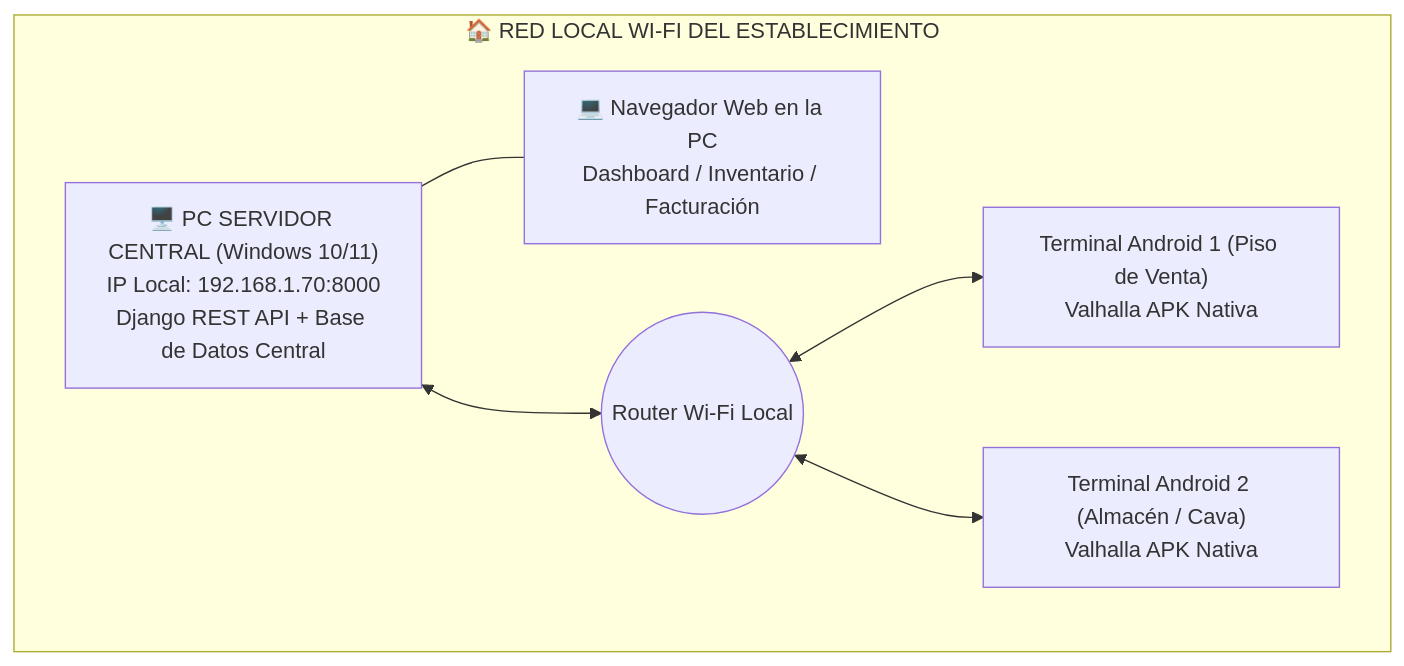
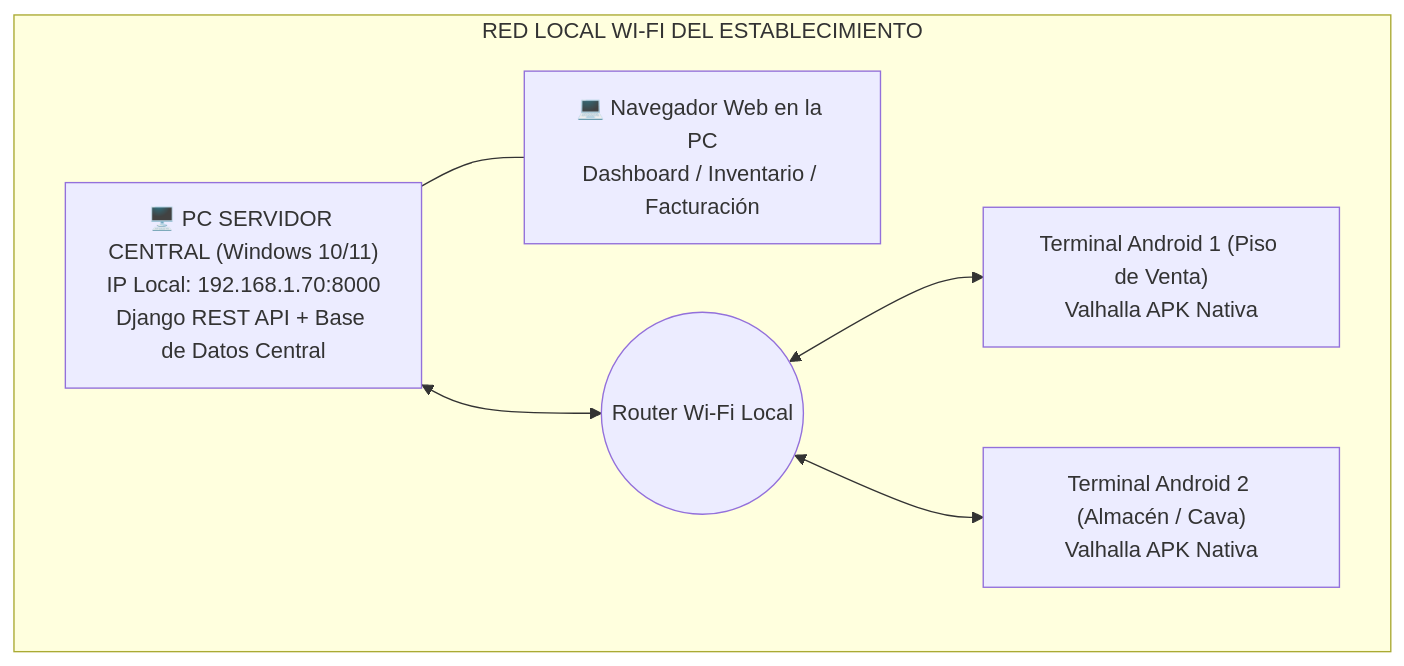
The first of 2 diagrams in README.md (Licenciao/Valhalla-POS), drawn with Mermaid before and after one commit. The commit also changed other lines of this file, not shown here.

````diff
--- a/README.md
+++ b/README.md
@@ -50,18 +50,18 @@
 ```mermaid
 flowchart TD
-    subgraph LAN["🏠 RED LOCAL WI-FI DEL ESTABLECIMIENTO"]
+    subgraph LAN[" RED LOCAL WI-FI DEL ESTABLECIMIENTO"]
         PC["🖥️ PC SERVIDOR CENTRAL (Windows 10/11)<br/>IP Local: 192.168.1.70:8000<br/>Django REST API + Base de Datos Central"]
         
         NAV["💻 Navegador Web en la PC<br/>Dashboard / Inventario / Facturación"]
         PC --- NAV
 
         WIFI((" Router Wi-Fi Local"))
         PC <--> WIFI
 
         MOB1[" Terminal Android 1 (Piso de Venta)<br/>Valhalla APK Nativa"]
         MOB2[" Terminal Android 2 (Almacén / Cava)<br/>Valhalla APK Nativa"]
         
         WIFI <--> MOB1
         WIFI <--> MOB2
     end
 ```
````
